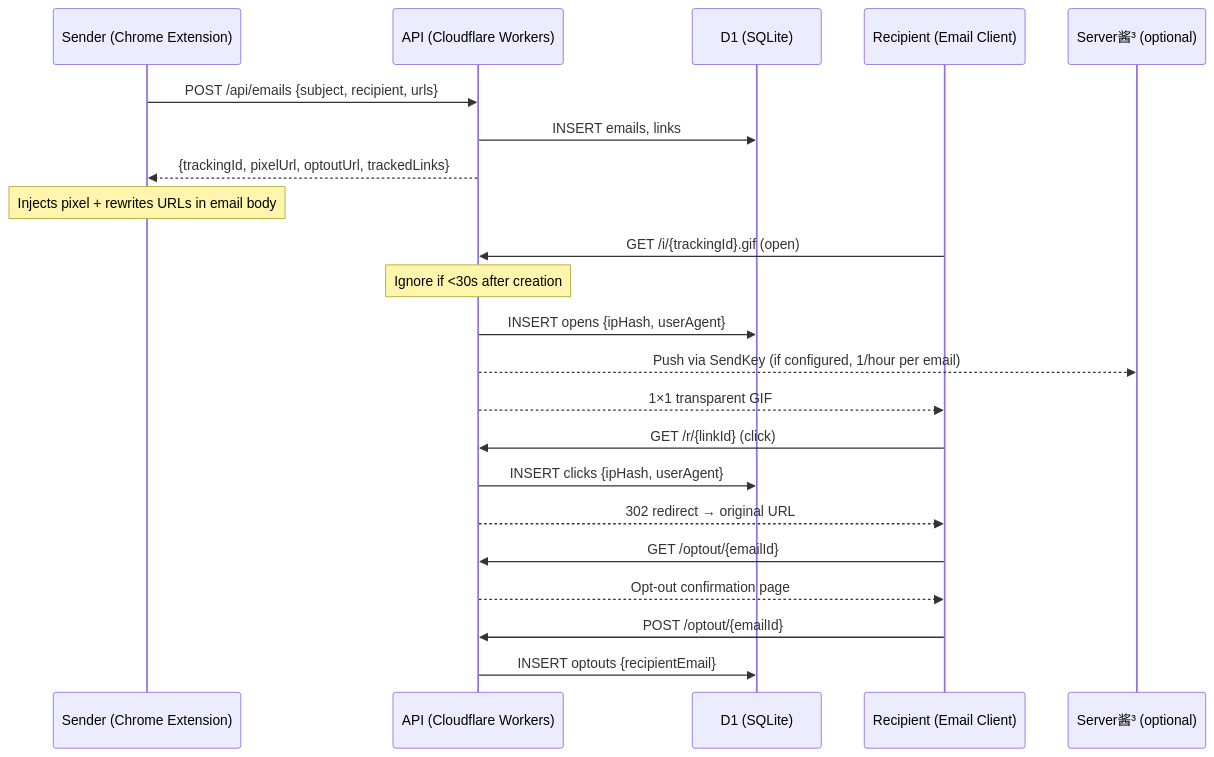
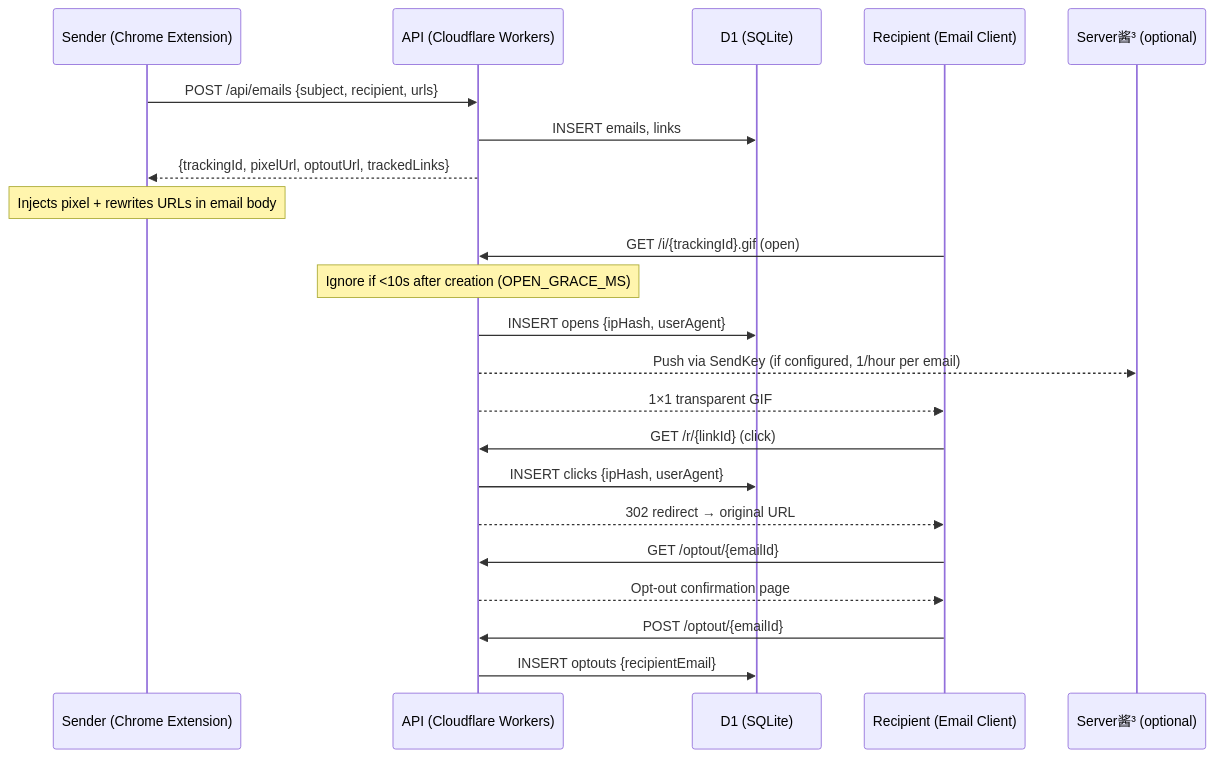
One commit to MoonofBridge24/pixletter changed the diagram in README.md. Above: the diagram before and after it, drawn with Mermaid. The commit also changed other lines of this file and 27 other files, not shown here.

Commit message:
docs: update SELF-HOST-GUIDE with new environment variables for user limits and open grace period

````diff
--- a/README.md
+++ b/README.md
@@ -309,28 +317,28 @@
 ```mermaid
 sequenceDiagram
     participant S as Sender (Chrome Extension)
     participant A as API (Cloudflare Workers)
     participant D as D1 (SQLite)
     participant R as Recipient (Email Client)
     participant SL as Server酱³ (optional)
 
     S->>A: POST /api/emails {subject, recipient, urls}
     A->>D: INSERT emails, links
     A-->>S: {trackingId, pixelUrl, optoutUrl, trackedLinks}
     Note over S: Injects pixel + rewrites URLs in email body
 
     R->>A: GET /i/{trackingId}.gif (open)
-    Note over A: Ignore if <30s after creation
+    Note over A: Ignore if <10s after creation (OPEN_GRACE_MS)
     A->>D: INSERT opens {ipHash, userAgent}
     A-->>SL: Push via SendKey (if configured, 1/hour per email)
     A-->>R: 1×1 transparent GIF
 
     R->>A: GET /r/{linkId} (click)
     A->>D: INSERT clicks {ipHash, userAgent}
     A-->>R: 302 redirect → original URL
 
     R->>A: GET /optout/{emailId}
     A-->>R: Opt-out confirmation page
     R->>A: POST /optout/{emailId}
     A->>D: INSERT optouts {recipientEmail}
 ```
````
